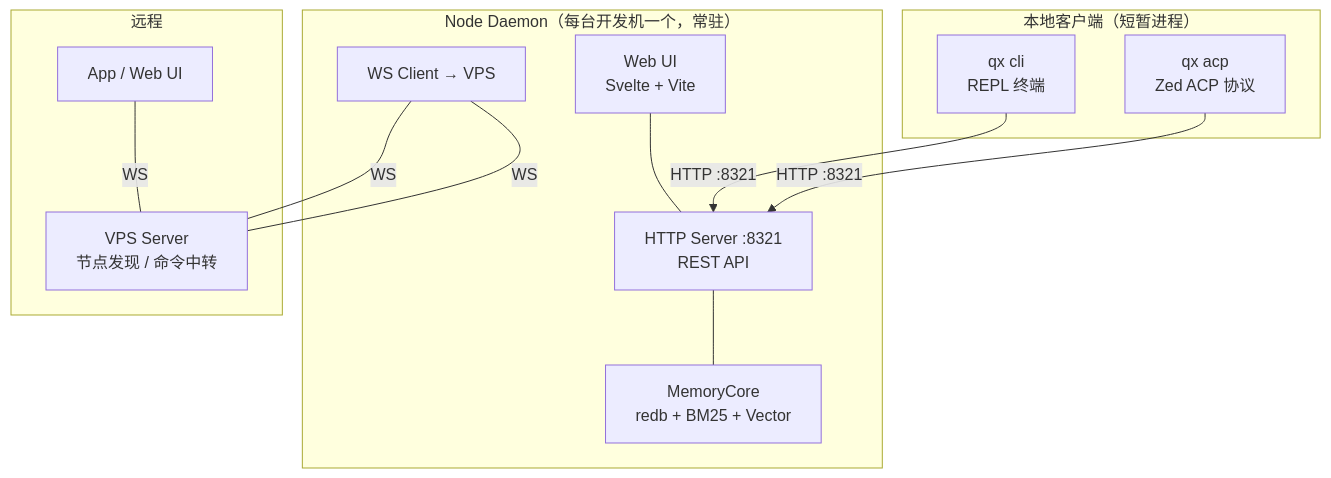
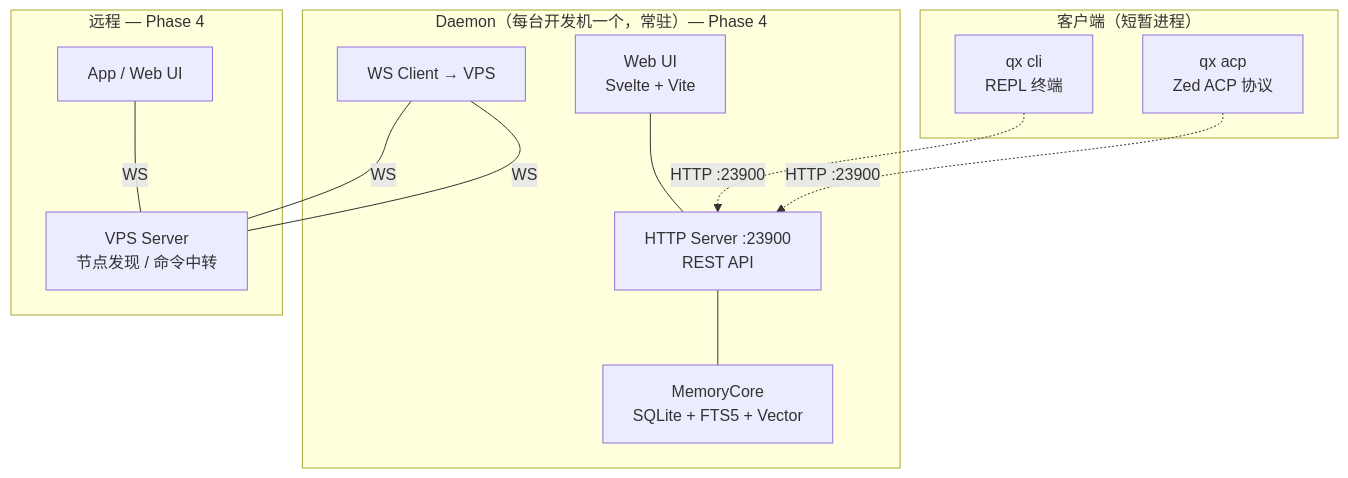
One commit to imxood/qianxun changed the first of 3 diagrams in docs/architecture.md. Above: the diagram before and after it, drawn with Mermaid. The commit also changed other lines of this file and 51 other files, not shown here.

First line of the commit message:
refactor: 合并 cli + acp 为单一 qianxun crate + 文档体系重构

````diff
--- a/docs/architecture.md
+++ b/docs/architecture.md
@@ -30,27 +52,27 @@
 ```mermaid
 graph TB
-    subgraph "Node Daemon（每台开发机一个，常驻）"
-        NODE_HTTP["HTTP Server :8321<br/>REST API"]
-        NODE_WS["WS Client → VPS"]
-        MC[MemoryCore<br/>redb + BM25 + Vector]
-        NODE_WEB["Web UI<br/>Svelte + Vite"]
+    subgraph "Daemon（每台开发机一个，常驻）— Phase 4"
+        DAEMON_HTTP["HTTP Server :23900<br/>REST API"]
+        DAEMON_WS["WS Client → VPS"]
+        MC[MemoryCore<br/>SQLite + FTS5 + Vector]
+        DAEMON_WEB["Web UI<br/>Svelte + Vite"]
     end
 
-    subgraph "本地客户端（短暂进程）"
+    subgraph "客户端（短暂进程）"
         CLI["qx cli<br/>REPL 终端"]
         ACP["qx acp<br/>Zed ACP 协议"]
     end
 
-    subgraph "远程"
+    subgraph "远程 — Phase 4"
         VPS[VPS Server<br/>节点发现 / 命令中转]
         APP[App / Web UI]
     end
 
-    CLI -->|HTTP :8321| NODE_HTTP
-    ACP -->|HTTP :8321| NODE_HTTP
-    NODE_HTTP --- MC
-    NODE_WS ---|WS| VPS
+    CLI -.->|HTTP :23900| DAEMON_HTTP
+    ACP -.->|HTTP :23900| DAEMON_HTTP
+    DAEMON_HTTP --- MC
+    DAEMON_WS ---|WS| VPS
     APP ---|WS| VPS
-    VPS ---|WS| NODE_WS
-    NODE_WEB --- NODE_HTTP
+    VPS ---|WS| DAEMON_WS
+    DAEMON_WEB --- DAEMON_HTTP
 ```
````
